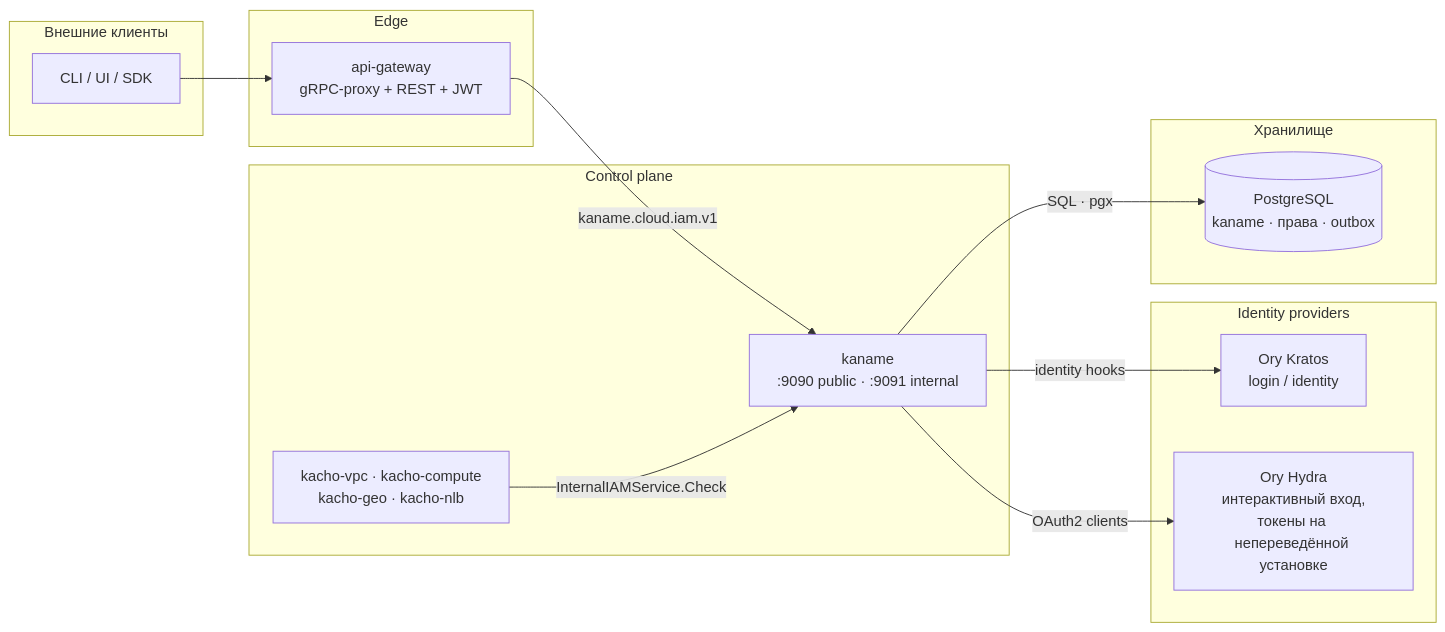
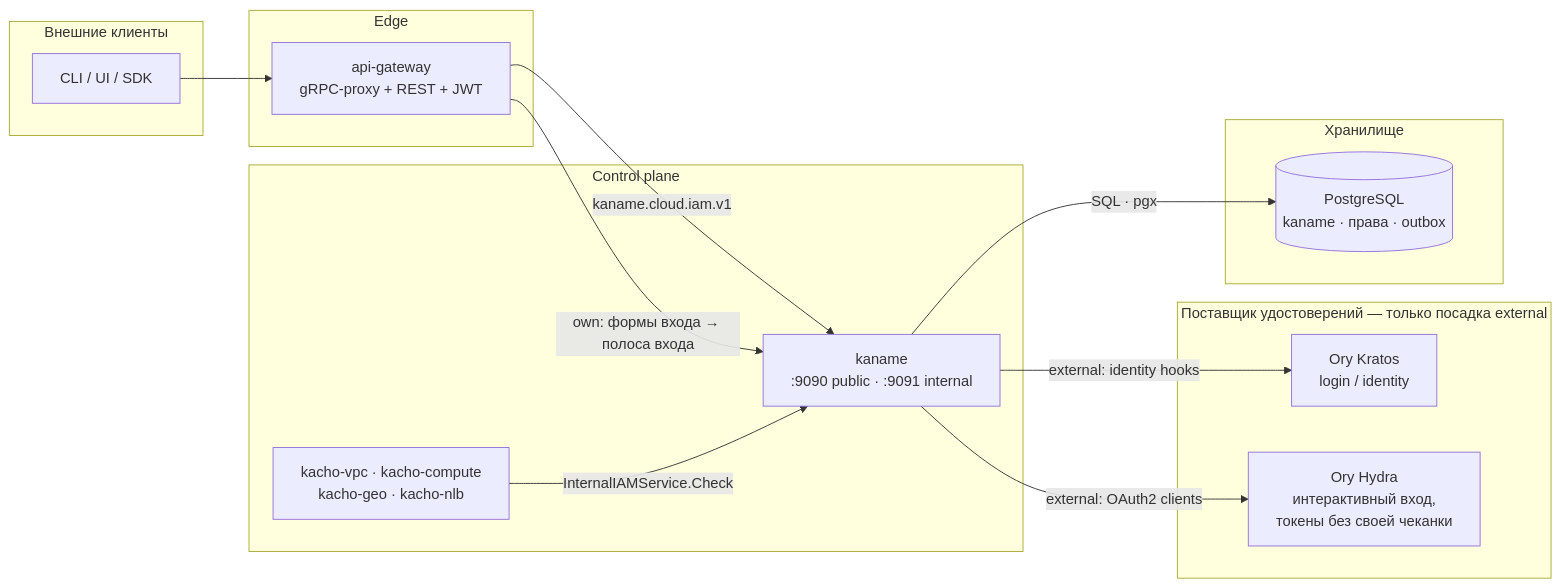
One commit to PRO-Robotech/kaname changed the second of 2 diagrams in docs/content/intro.mdx. Above: the diagram before and after it, drawn with Mermaid. The commit also changed other lines of this file and 9 other files, not shown here.

````diff
--- a/docs/content/intro.mdx
+++ b/docs/content/intro.mdx
@@ -129,27 +138,28 @@
 ```mermaid
 flowchart LR
   subgraph ext["Внешние клиенты"]
     cli["CLI / UI / SDK"]
   end
   subgraph edge["Edge"]
     agw["api-gateway<br/>gRPC-proxy + REST + JWT"]
   end
   subgraph cp["Control plane"]
     iam["kaname<br/>:9090 public · :9091 internal"]
     peers["kacho-vpc · kacho-compute<br/>kacho-geo · kacho-nlb"]
   end
-  subgraph idp["Identity providers"]
+  subgraph idp["Поставщик удостоверений — только посадка external"]
     kratos["Ory Kratos<br/>login / identity"]
-    hydra["Ory Hydra<br/>интерактивный вход,<br/>токены на непереведённой установке"]
+    hydra["Ory Hydra<br/>интерактивный вход,<br/>токены без своей чеканки"]
   end
   subgraph store["Хранилище"]
     pg[("PostgreSQL<br/>kaname · права · outbox")]
   end
 
   cli --> agw
   agw -->|"kaname.cloud.iam.v1"| iam
+  agw -->|"own: формы входа → полоса входа"| iam
   iam -->|"SQL · pgx"| pg
-  iam -->|"identity hooks"| kratos
-  iam -->|"OAuth2 clients"| hydra
+  iam -->|"external: identity hooks"| kratos
+  iam -->|"external: OAuth2 clients"| hydra
   peers -->|"InternalIAMService.Check"| iam
 ```
````
